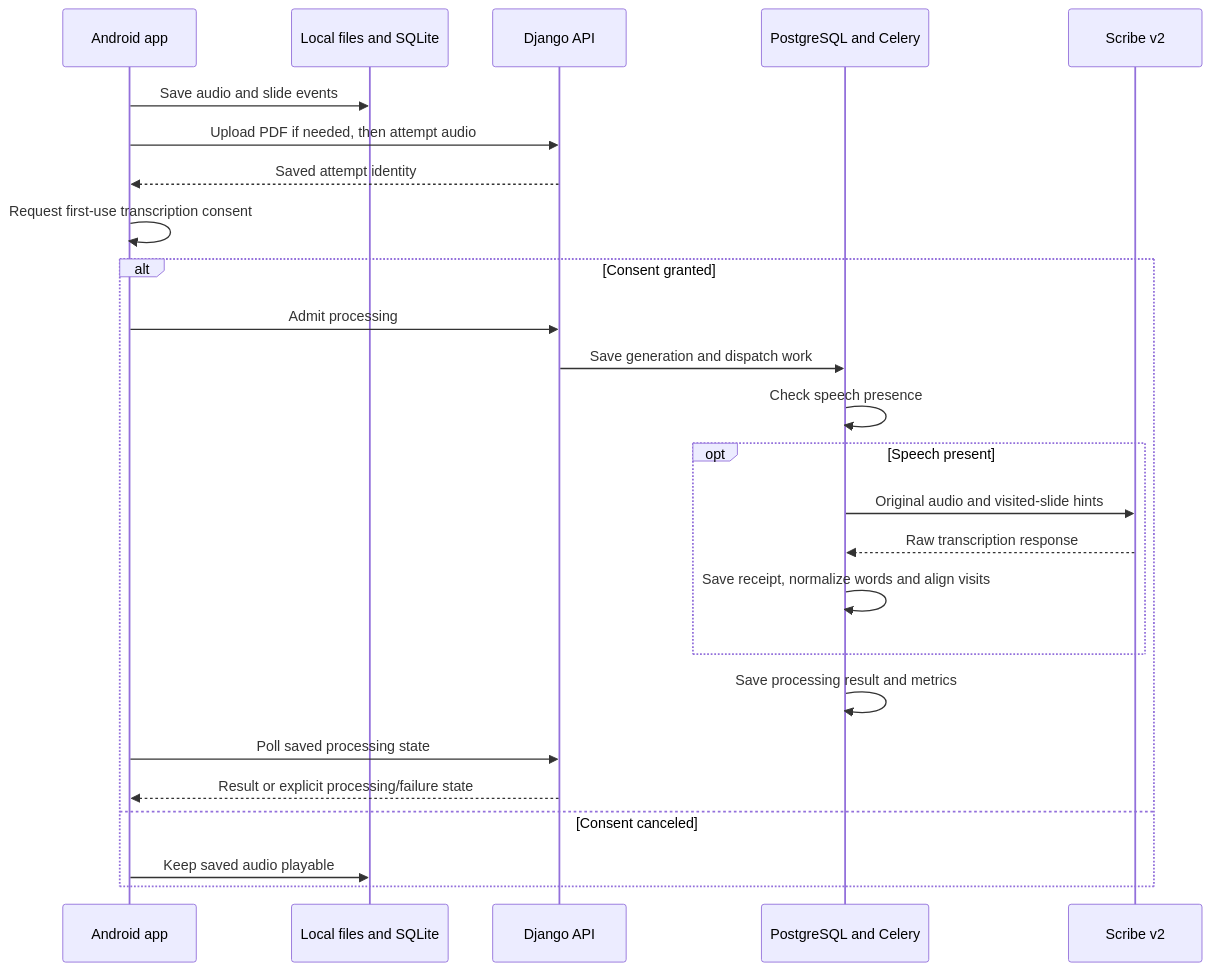
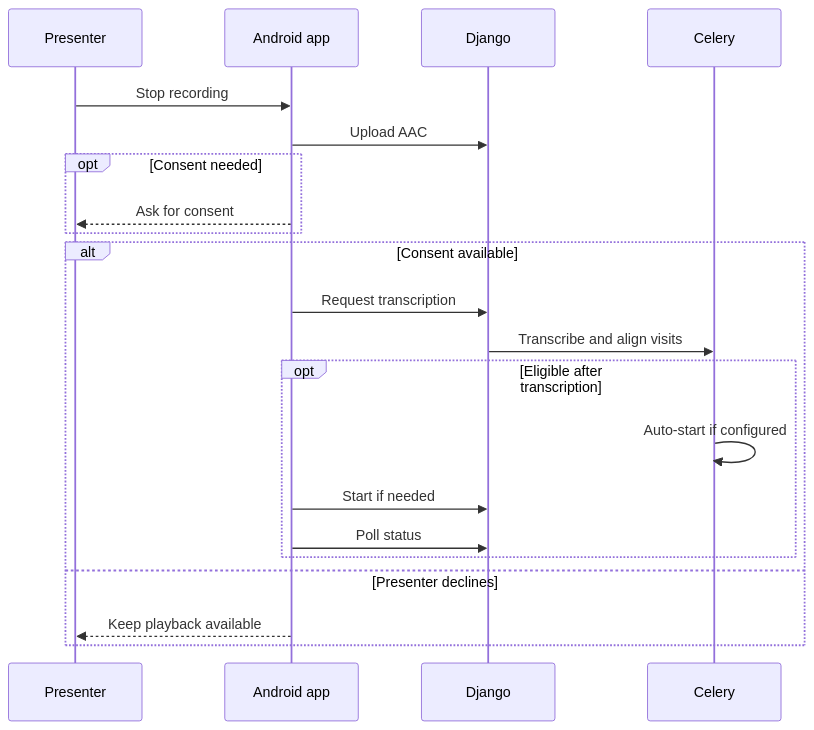
One commit to snuhcs-course/swpp-2026-project-team-07 changed the fourth of 4 diagrams in docs/design/design-documentation.md. Above: the diagram before and after it, drawn with Mermaid. The commit also changed other lines of this file and 1 other file, not shown here.

````diff
--- a/docs/design/design-documentation.md
+++ b/docs/design/design-documentation.md
@@ -141,27 +197,23 @@
 ```mermaid
 sequenceDiagram
+    participant User as Presenter
     participant App as Android app
-    participant Local as Local files and SQLite
-    participant API as Django API
-    participant Jobs as PostgreSQL and Celery
-    participant STT as Scribe v2
-    App->>Local: Save audio and slide events
-    App->>API: Upload PDF if needed, then attempt audio
-    API-->>App: Saved attempt identity
-    App->>App: Request first-use transcription consent
-    alt Consent granted
-        App->>API: Admit processing
-        API->>Jobs: Save generation and dispatch work
-        Jobs->>Jobs: Check speech presence
-        opt Speech present
-            Jobs->>STT: Original audio and visited-slide hints
-            STT-->>Jobs: Raw transcription response
-            Jobs->>Jobs: Save receipt, normalize words and align visits
+    participant API as Django
+    participant Worker as Celery
+    User->>App: Stop recording
+    App->>API: Upload AAC
+    opt Consent needed
+        App-->>User: Ask for consent
+    end
+    alt Consent available
+        App->>API: Request transcription
+        API->>Worker: Transcribe and align visits
+        opt Eligible after transcription
+            Worker->>Worker: Auto-start if configured
+            App->>API: Start if needed
+            App->>API: Poll status
         end
-        Jobs->>Jobs: Save processing result and metrics
-        App->>API: Poll saved processing state
-        API-->>App: Result or explicit processing/failure state
-    else Consent canceled
-        App->>Local: Keep saved audio playable
+    else Presenter declines
+        App-->>User: Keep playback available
     end
 ```
````
